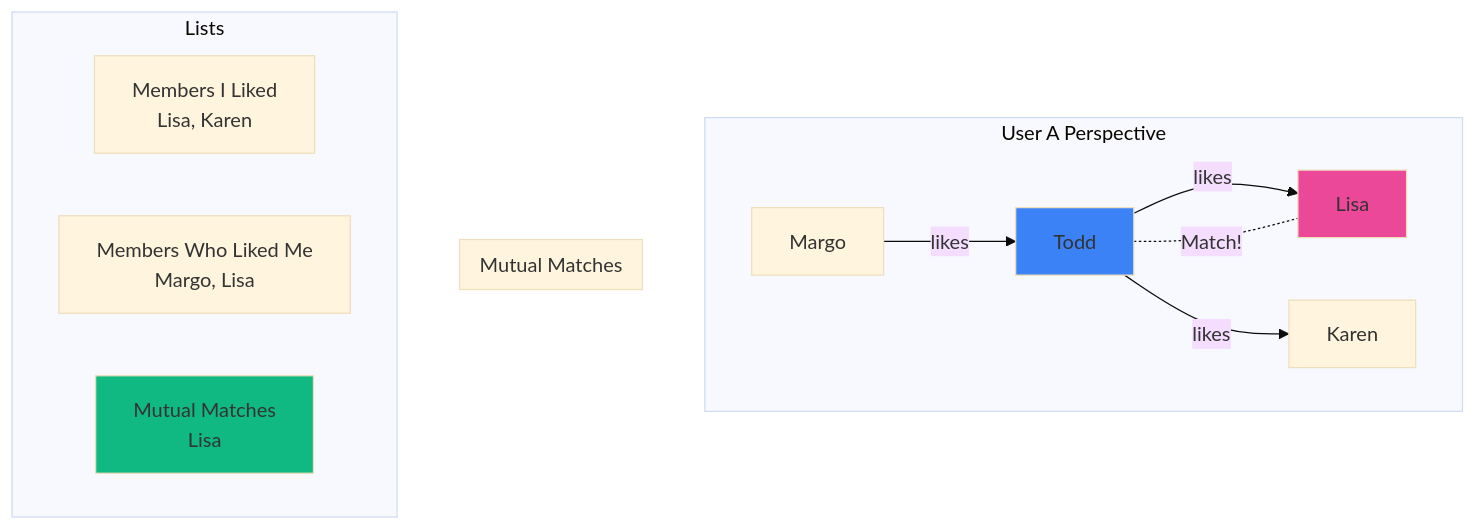
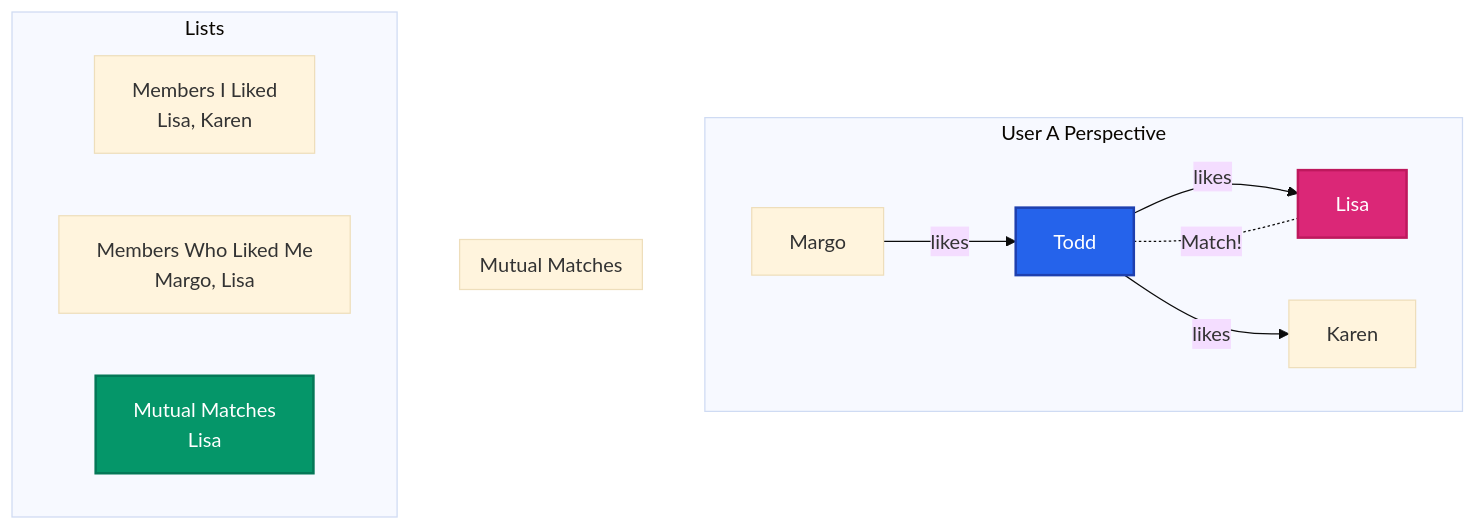
Diagram 13 of 32 in documentation/16-diagrammes-architecture.md (inskillflow/next-auth-demo-2-match), drawn with Mermaid (base theme) before and after one commit. The commit also changed other lines of this file, not shown here.

````diff
--- a/documentation/16-diagrammes-architecture.md
+++ b/documentation/16-diagrammes-architecture.md
@@ -539,23 +539,23 @@
 ```mermaid
 graph TD
     subgraph "User A Perspective"
         A[Todd]
         A -->|likes| B[Lisa]
         A -->|likes| C[Karen]
         D[Margo] -->|likes| A
     end
     
     subgraph "Mutual Matches"
         A -.Match!.- B
     end
     
     subgraph "Lists"
         E[Members I Liked<br/>Lisa, Karen]
         F[Members Who Liked Me<br/>Margo, Lisa]
         G[Mutual Matches<br/>Lisa]
     end
     
-    style A fill:#3b82f6
-    style B fill:#ec4899
-    style G fill:#10b981
+    style A fill:#2563eb,stroke:#1e40af,stroke-width:2px,color:#fff
+    style B fill:#db2777,stroke:#be185d,stroke-width:2px,color:#fff
+    style G fill:#059669,stroke:#047857,stroke-width:2px,color:#fff
 ```
````
